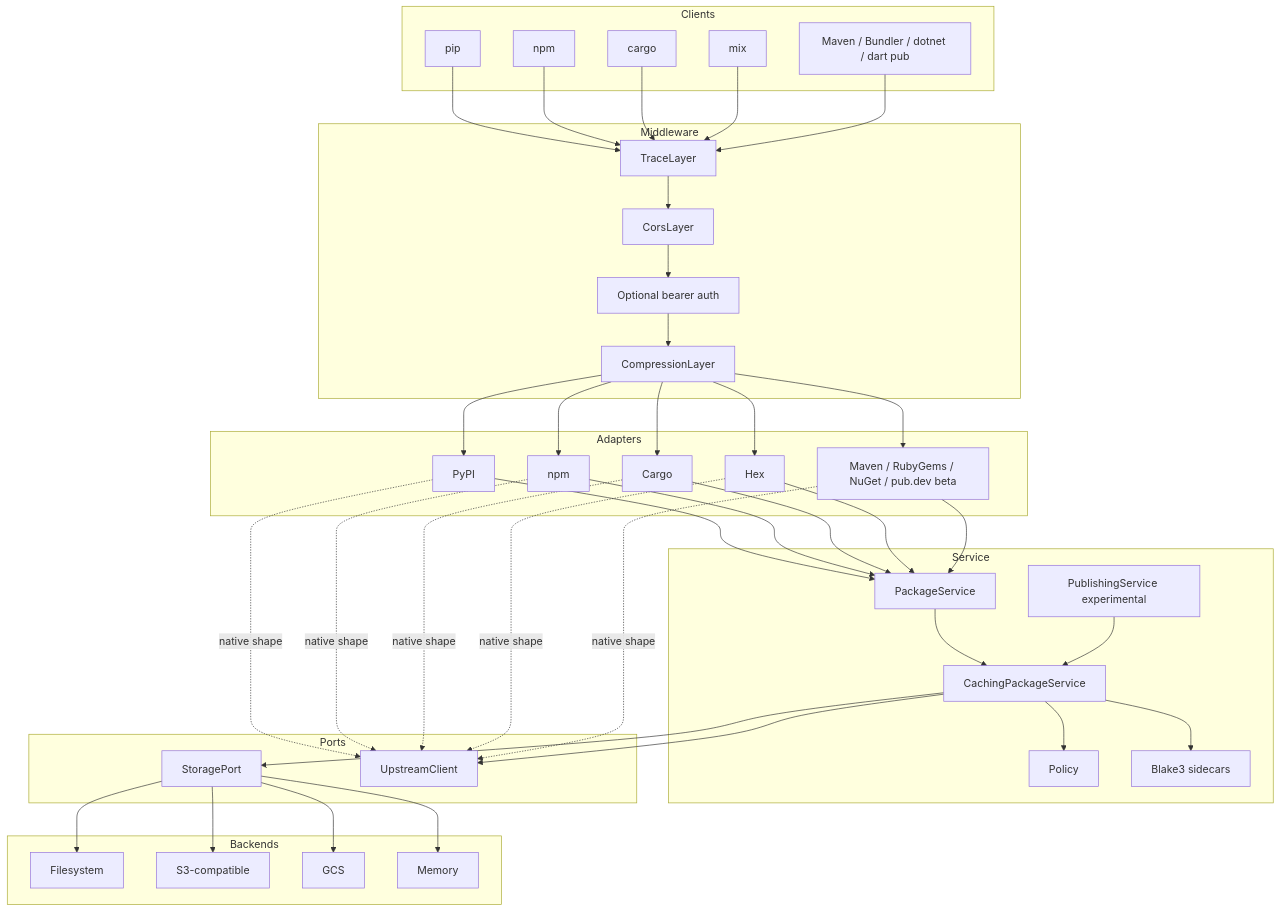
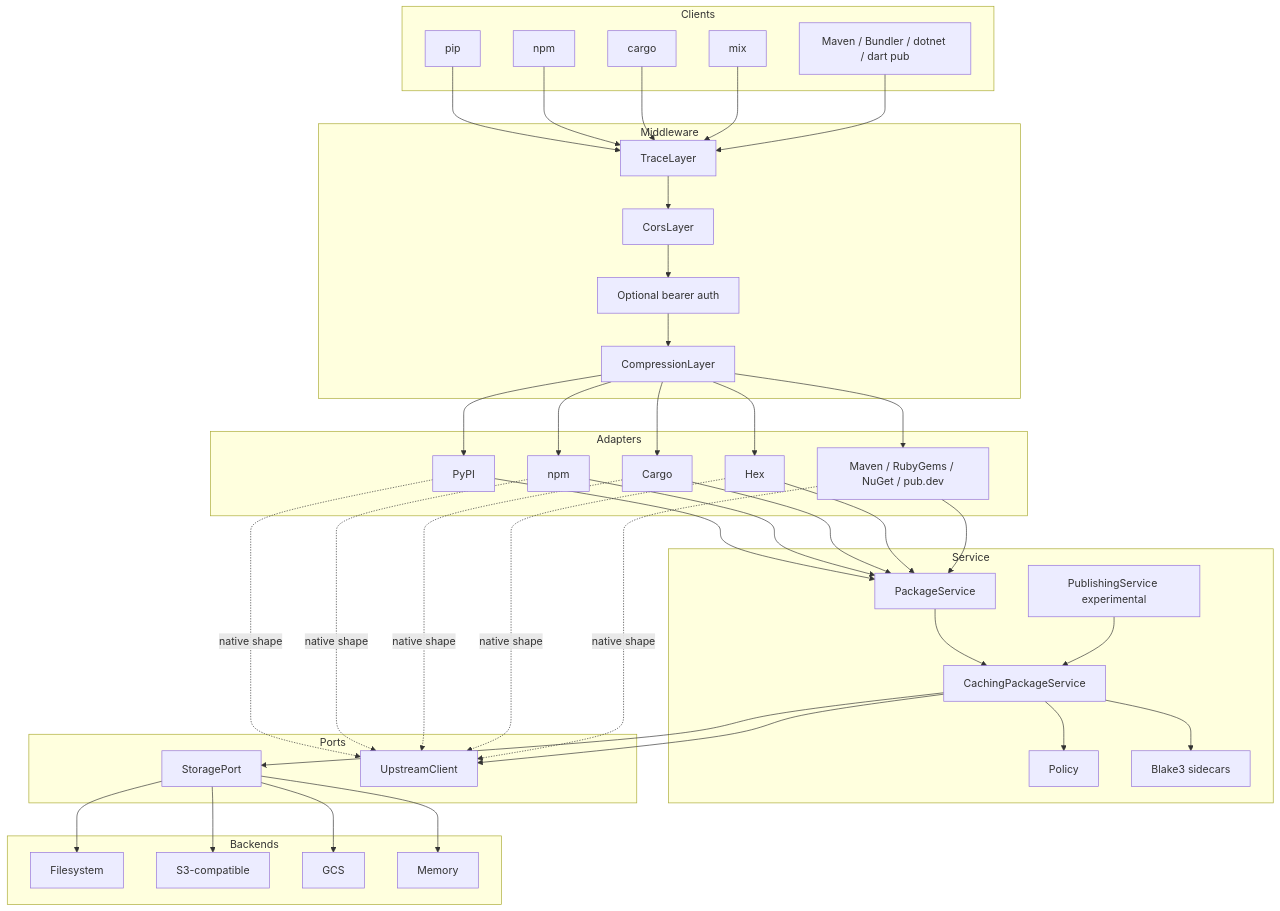
Before and after one commit to Goldziher/starmetal: the first of 3 diagrams in docs/architecture.md, drawn with Mermaid. The commit also changed other lines of this file and 45 other files, not shown here.

```diff
--- a/docs/architecture.md
+++ b/docs/architecture.md
@@ -24,7 +23,7 @@
         npm_cli[npm]
         cargo_cli[cargo]
         mix[mix]
-        beta_clients[Maven / Bundler / dotnet / dart pub]
+        extra_clients[Maven / Bundler / dotnet / dart pub]
     end
 
     subgraph Middleware
@@ -39,7 +38,7 @@
         npm[npm]
         cargo[Cargo]
         hex[Hex]
-        beta[Maven / RubyGems / NuGet / pub.dev beta]
+        extra[Maven / RubyGems / NuGet / pub.dev]
     end
 
     subgraph Service
@@ -66,7 +65,7 @@
     npm_cli --> trace
     cargo_cli --> trace
     mix --> trace
-    beta_clients --> trace
+    extra_clients --> trace
 
     trace --> cors --> auth --> compress
 
@@ -74,19 +73,19 @@
     compress --> npm
     compress --> cargo
     compress --> hex
-    compress --> beta
+    compress --> extra
 
     pypi --> package_service
     npm --> package_service
     cargo --> package_service
     hex --> package_service
-    beta --> package_service
+    extra --> package_service
 
     pypi -. native shape .-> upstreams
     npm -. native shape .-> upstreams
     cargo -. native shape .-> upstreams
     hex -. native shape .-> upstreams
-    beta -. native shape .-> upstreams
+    extra -. native shape .-> upstreams
 
     package_service --> caching
     publishing --> caching
```
